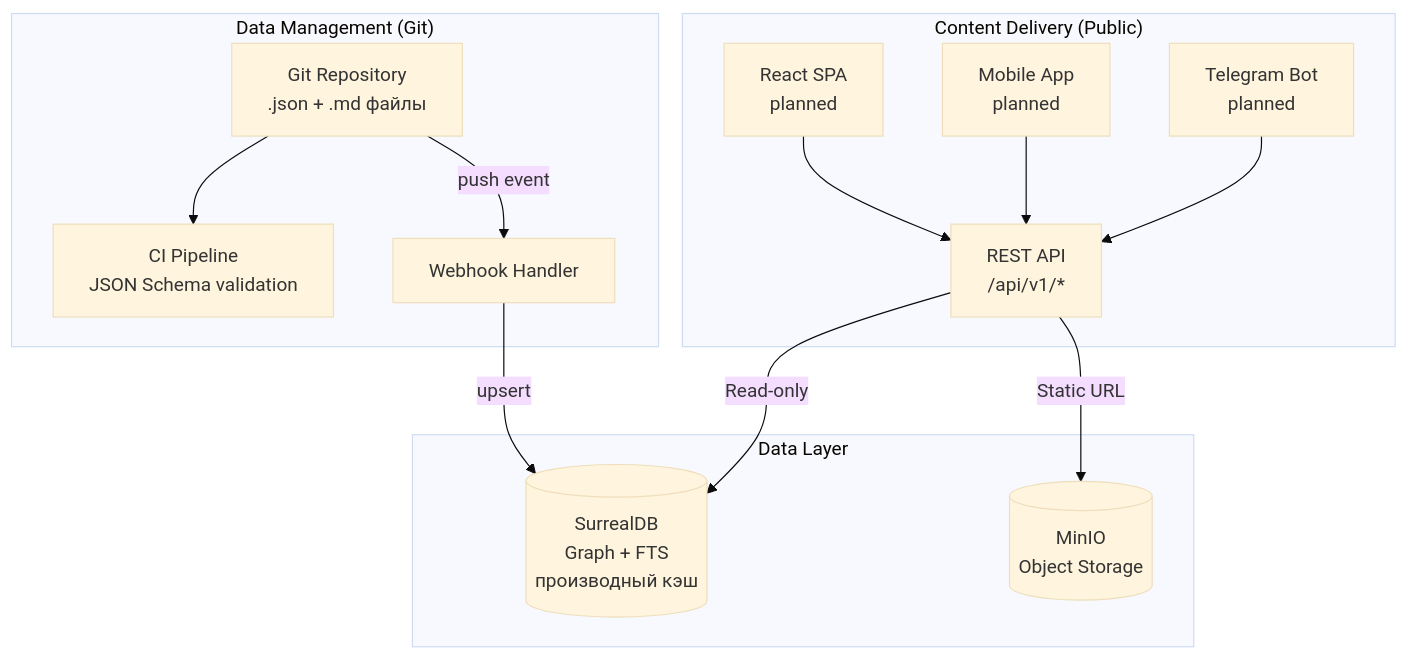
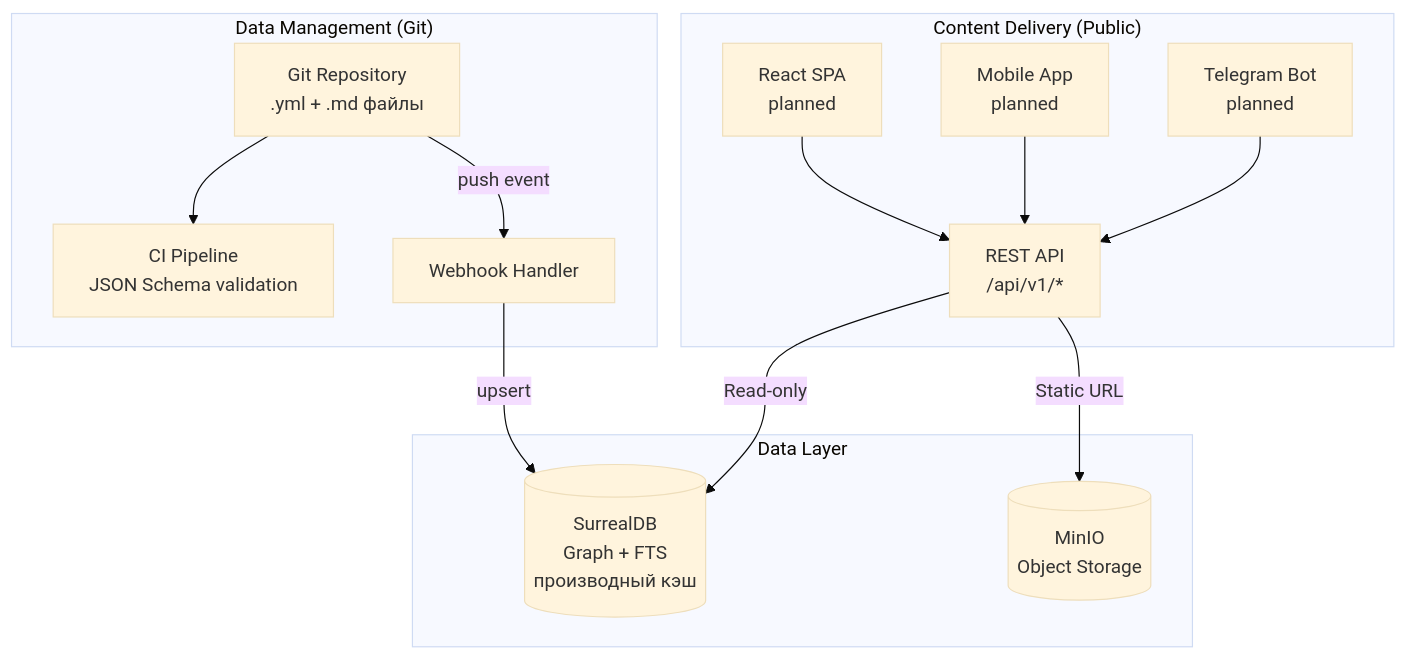
The fourth of 6 diagrams in docs/system-design/02-architectural-vision.md (Map130/Universities_KZ), drawn with Mermaid (base theme) before and after one commit. The commit also changed other lines of this file and 15 other files, not shown here.

````diff
--- a/docs/system-design/02-architectural-vision.md
+++ b/docs/system-design/02-architectural-vision.md
@@ -263,29 +263,29 @@
 ```mermaid
 graph TB
     subgraph "Data Management (Git)"
-        GIT["Git Repository<br/>.json + .md файлы"]
+        GIT["Git Repository<br/>.yml + .md файлы"]
         CI["CI Pipeline<br/>JSON Schema validation"]
         WEBHOOK["Webhook Handler"]
     end
 
     subgraph "Data Layer"
         SURREAL[(SurrealDB<br/>Graph + FTS<br/>производный кэш)]
         MINIO[(MinIO<br/>Object Storage)]
     end
 
     subgraph "Content Delivery (Public)"
         API["REST API<br/>/api/v1/*"]
         REACT["React SPA<br/>planned"]
         MOBILE["Mobile App<br/>planned"]
         BOT["Telegram Bot<br/>planned"]
     end
 
     GIT --> CI
     GIT -->|push event| WEBHOOK
     WEBHOOK -->|upsert| SURREAL
     API -->|Read-only| SURREAL
     API -->|Static URL| MINIO
     REACT --> API
     MOBILE --> API
     BOT --> API
 ```
````
